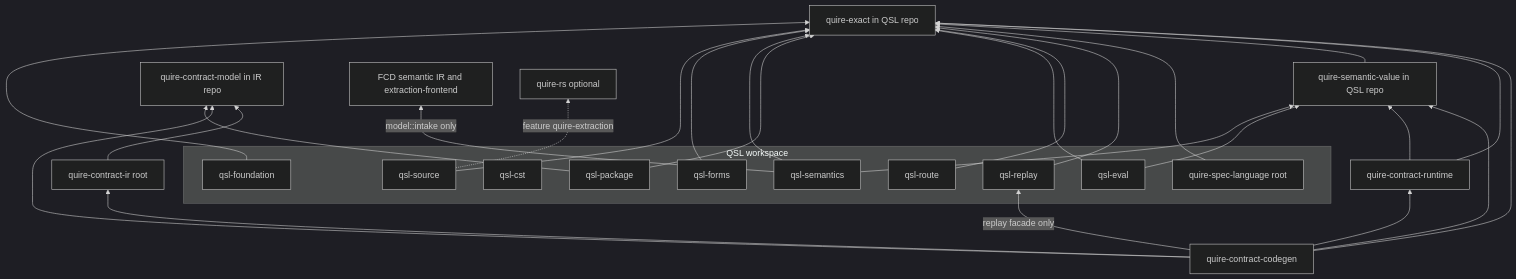
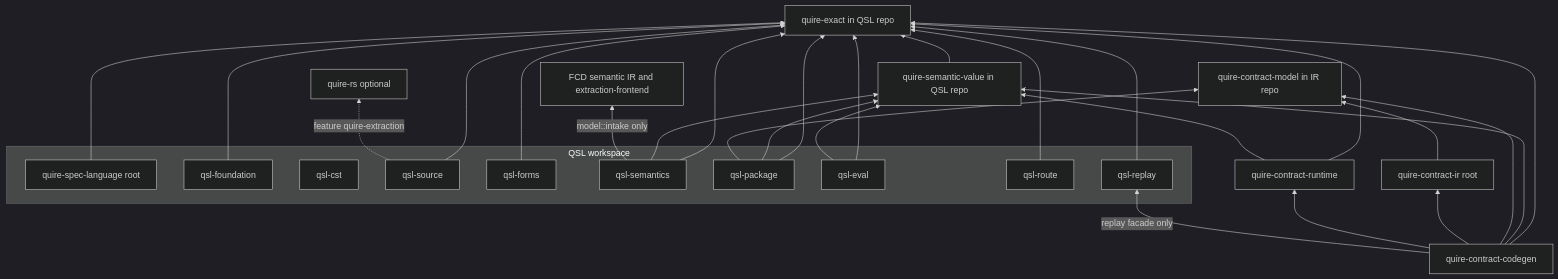
One commit to agent-ix/quire-spec-language changed the second of 2 diagrams in spec/decisions/ADR-011-stage-dag-and-dependency-architecture.md. Above: the diagram before and after it, drawn with Mermaid (dark theme). The commit also changed other lines of this file and 14 other files, not shown here.

````diff
--- a/spec/decisions/ADR-011-stage-dag-and-dependency-architecture.md
+++ b/spec/decisions/ADR-011-stage-dag-and-dependency-architecture.md
@@ -936,38 +941,38 @@
 ```mermaid
 flowchart BT
   QX[quire-exact in QSL repo]
   SV[quire-semantic-value in QSL repo]
   subgraph QSLW[QSL workspace]
     QSL[quire-spec-language root]
     QFO[qsl-foundation]
     QCS[qsl-cst]
     QSO[qsl-source]
     QFM[qsl-forms]
     QSE[qsl-semantics]
     QPK[qsl-package]
     QEV[qsl-eval]
     QRO[qsl-route]
     QRP[qsl-replay]
   end
   CM[quire-contract-model in IR repo]
   IR[quire-contract-ir root]
   RT[quire-contract-runtime]
   CG[quire-contract-codegen]
   FCD[FCD semantic IR and extraction-frontend]
   QRS[quire-rs optional]
   QFO & QSO & QFM & QSE & QPK & QEV & QRO & QRP & QSL --> QX
-  QSE & QEV --> SV
+  QSE & QPK & QEV --> SV
   SV --> QX
   QPK --> CM
   QSE -->|model::intake only| FCD
   QSO -.->|feature quire-extraction| QRS
   RT --> QX
   RT --> SV
   CG --> QX
   CG --> SV
   CG --> CM
   CG --> IR
   CG --> RT
   CG -->|replay facade only| QRP
   IR --> CM
 ```
````
